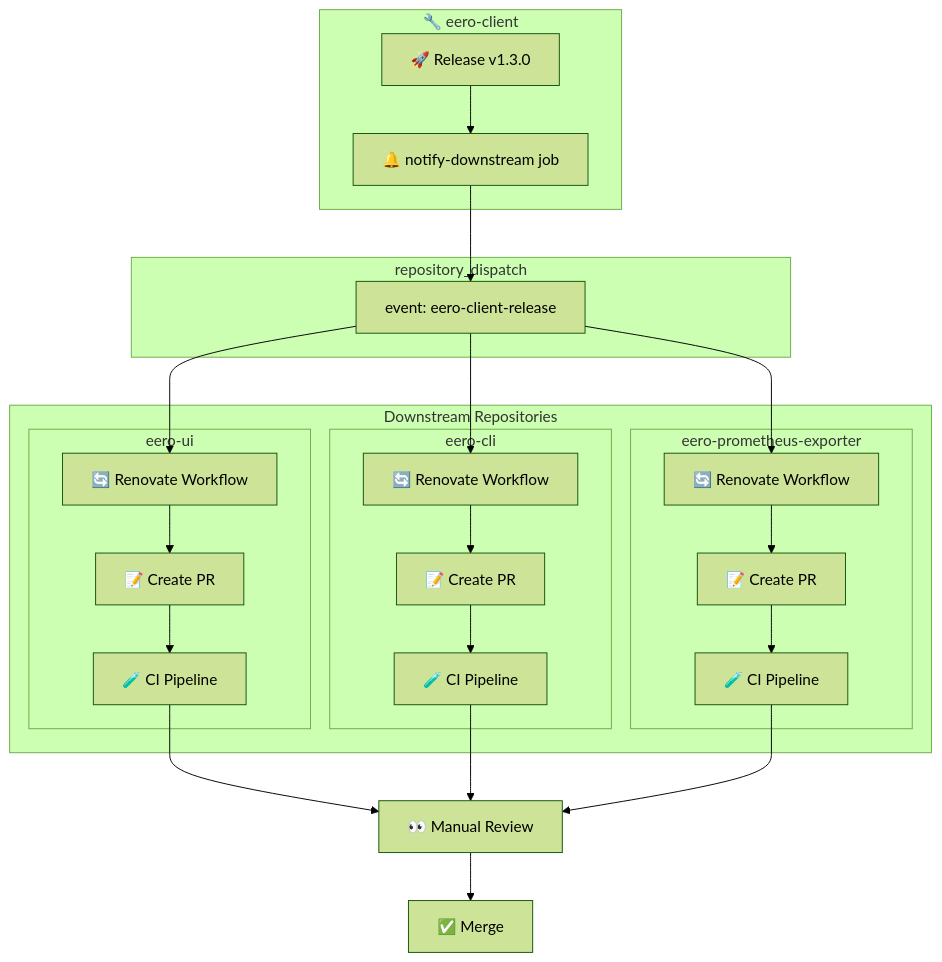
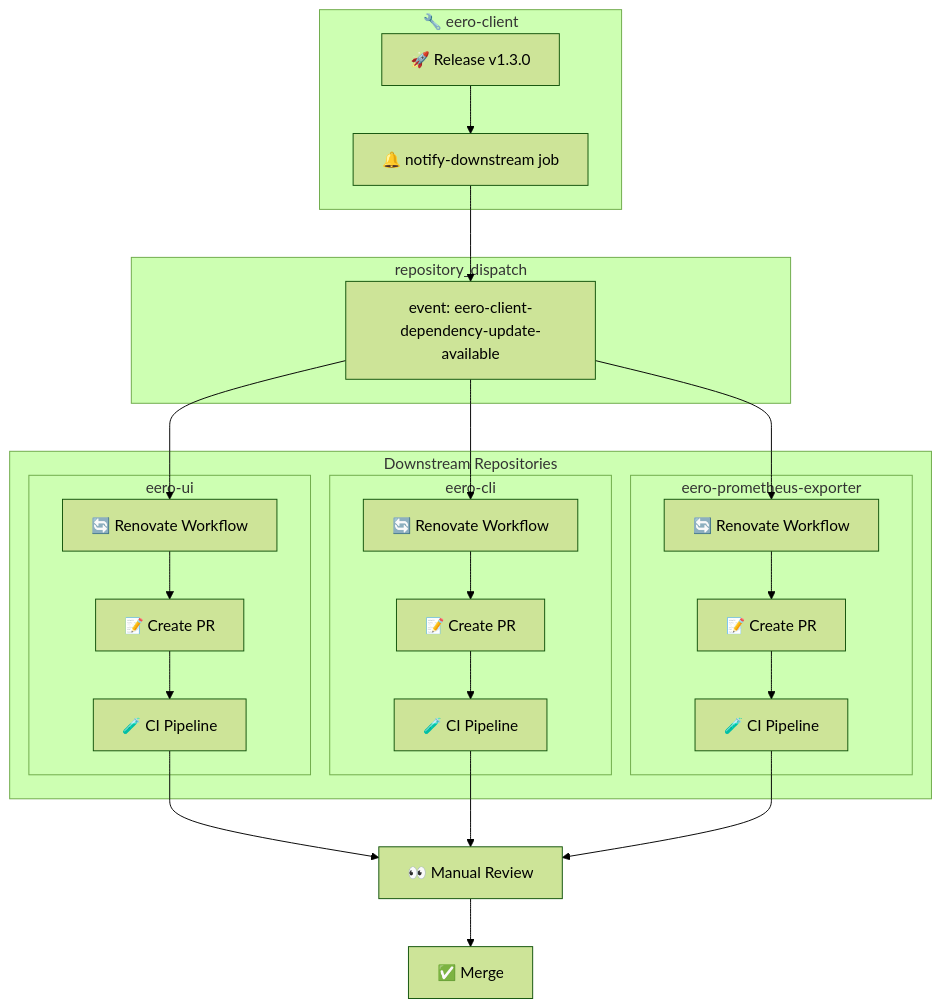
The first of 2 diagrams in wiki/Dependency-Updates.md (fulviofreitas/eero-ui), drawn with Mermaid (forest theme) before and after one commit. The commit also changed 1 other file, not shown here.

Commit message:
refactor: update repository_dispatch event type name
Match eero-client's new event type:
'eero-client-dependency-update-available'

````diff
--- a/wiki/Dependency-Updates.md
+++ b/wiki/Dependency-Updates.md
@@ -29,47 +29,47 @@
 ```mermaid
 flowchart TB
     subgraph eero-client ["🔧 eero-client"]
         release["🚀 Release v1.3.0"]
         notify["🔔 notify-downstream job"]
         release --> notify
     end
 
     subgraph dispatch ["repository_dispatch"]
-        event["event: eero-client-release"]
+        event["event: eero-client-dependency-update-available"]
     end
 
     notify --> event
 
     subgraph downstream ["Downstream Repositories"]
         subgraph ui ["eero-ui"]
             ui_renovate["🔄 Renovate Workflow"]
             ui_pr["📝 Create PR"]
             ui_ci["🧪 CI Pipeline"]
             ui_renovate --> ui_pr --> ui_ci
         end
 
         subgraph cli ["eero-cli"]
             cli_renovate["🔄 Renovate Workflow"]
             cli_pr["📝 Create PR"]
             cli_ci["🧪 CI Pipeline"]
             cli_renovate --> cli_pr --> cli_ci
         end
 
         subgraph exporter ["eero-prometheus-exporter"]
             exp_renovate["🔄 Renovate Workflow"]
             exp_pr["📝 Create PR"]
             exp_ci["🧪 CI Pipeline"]
             exp_renovate --> exp_pr --> exp_ci
         end
     end
 
     event --> ui_renovate
     event --> cli_renovate
     event --> exp_renovate
 
     ui_ci --> review["👀 Manual Review"]
     cli_ci --> review
     exp_ci --> review
 
     review --> merge["✅ Merge"]
 ```
````
